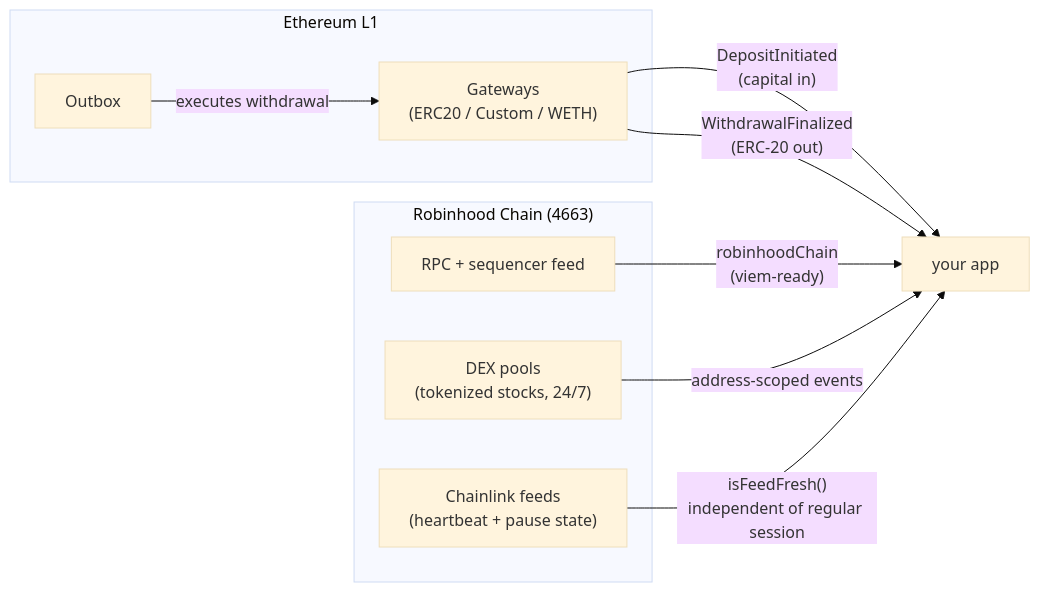
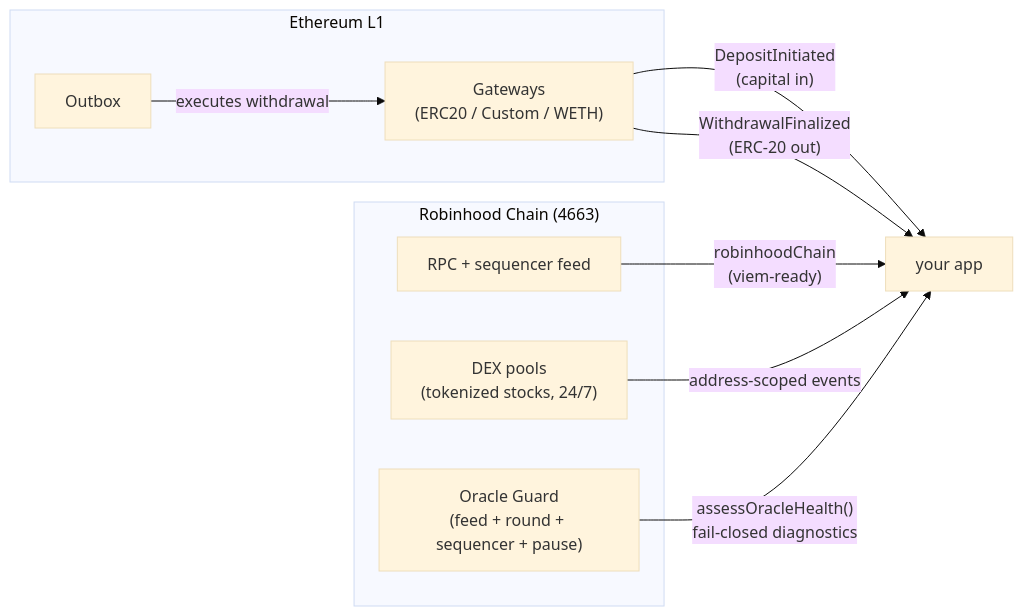
The diagram in assets/architecture.mmd (mkrz-x/robinhood-chain-kit), drawn with Mermaid (base theme) before and after one commit. The commit also changed 16 other files, not shown here.

Commit message:
feat: add fail-closed Oracle Guard

```diff
--- a/assets/architecture.mmd
+++ b/assets/architecture.mmd
@@ -1,17 +1,17 @@
 flowchart LR
   subgraph L1["Ethereum L1"]
     GW["Gateways\n(ERC20 / Custom / WETH)"]
     OB["Outbox"]
   end
   subgraph L2["Robinhood Chain (4663)"]
     RPC["RPC + sequencer feed"]
     DEX["DEX pools\n(tokenized stocks, 24/7)"]
-    ORACLE["Chainlink feeds\n(heartbeat + pause state)"]
+    ORACLE["Oracle Guard\n(feed + round + sequencer + pause)"]
   end
   APP["your app"]
   GW -- "DepositInitiated\n(capital in)" --> APP
   OB -- "executes withdrawal" --> GW
   GW -- "WithdrawalFinalized\n(ERC-20 out)" --> APP
   RPC -- "robinhoodChain\n(viem-ready)" --> APP
   DEX -- "address-scoped events" --> APP
-  ORACLE -- "isFeedFresh()\nindependent of regular session" --> APP
+  ORACLE -- "assessOracleHealth()\nfail-closed diagnostics" --> APP
```
